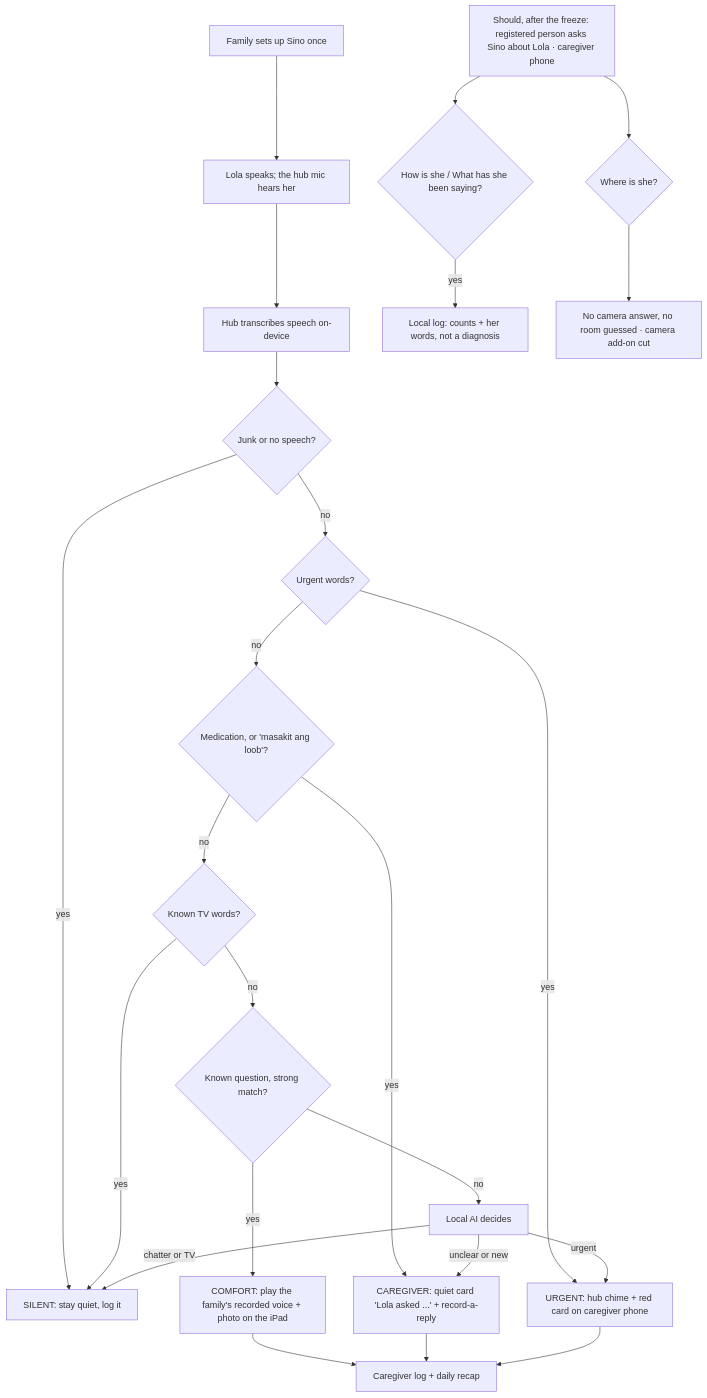
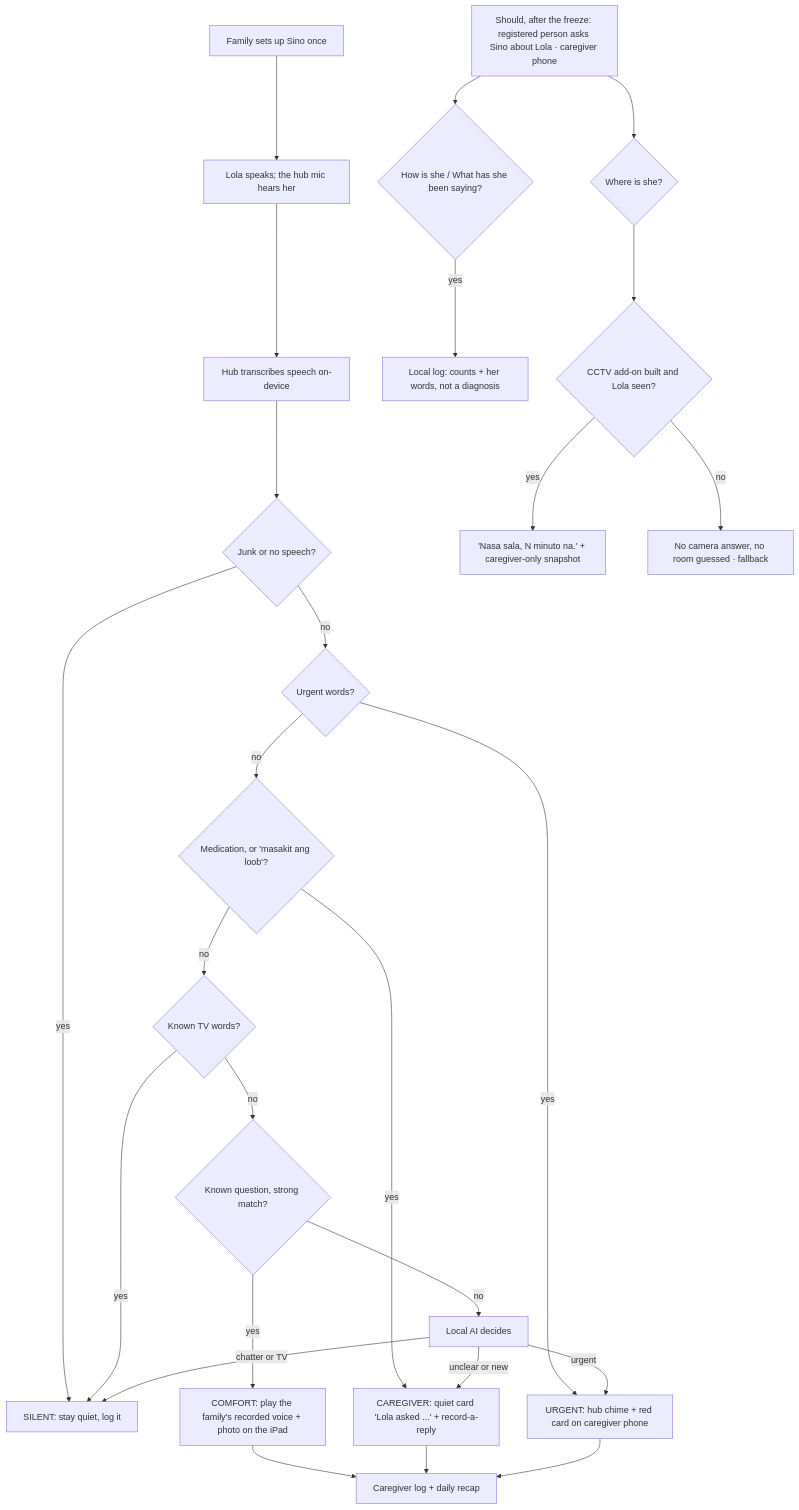
The diagram in docs/sino/README.md (Troy-LL/appsolutely), drawn with Mermaid before and after one commit. The commit also changed other lines of this file and 13 other files, not shown here.

````diff
--- a/docs/sino/README.md
+++ b/docs/sino/README.md
@@ -26,27 +26,29 @@
 ```mermaid
 flowchart TD
   A[Family sets up Sino once] --> B[Lola speaks; the hub mic hears her]
   B --> C[Hub transcribes speech on-device]
   C --> J{Junk or no speech?}
   J -- yes --> Q
   J -- no --> D{Urgent words?}
   D -- yes --> U[URGENT: hub chime + red card on caregiver phone]
   D -- no --> M{Medication, or 'masakit ang loob'?}
   M -- yes --> K
   M -- no --> TV{Known TV words?}
   TV -- yes --> Q
   TV -- no --> E{Known question, strong match?}
   E -- yes --> S[COMFORT: play the family's recorded voice + photo on the iPad]
   E -- no --> F[Local AI decides]
   F -- urgent --> U
   F -- unclear or new --> K[CAREGIVER: quiet card 'Lola asked ...' + record-a-reply]
   F -- chatter or TV --> Q[SILENT: stay quiet, log it]
   S --> L[Caregiver log + daily recap]
   K --> L
   U --> L
 
   P[Should, after the freeze: registered person asks Sino about Lola · caregiver phone] --> H{How is she / What has she been saying?}
   H -- yes --> LG[Local log: counts + her words, not a diagnosis]
   P --> W{Where is she?}
-  W --> NC[No camera answer, no room guessed · camera add-on cut]
+  W --> CC{CCTV add-on built and Lola seen?}
+  CC -- yes --> LS['Nasa sala, N minuto na.' + caregiver-only snapshot]
+  CC -- no --> NC[No camera answer, no room guessed · fallback]
 ```
````
